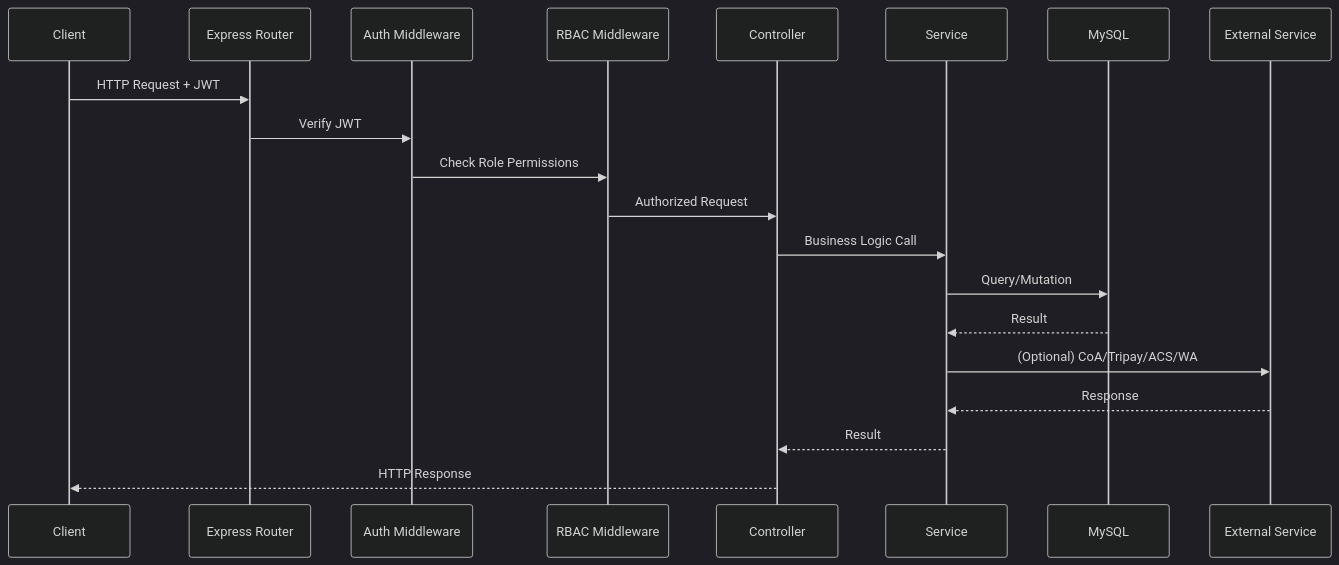
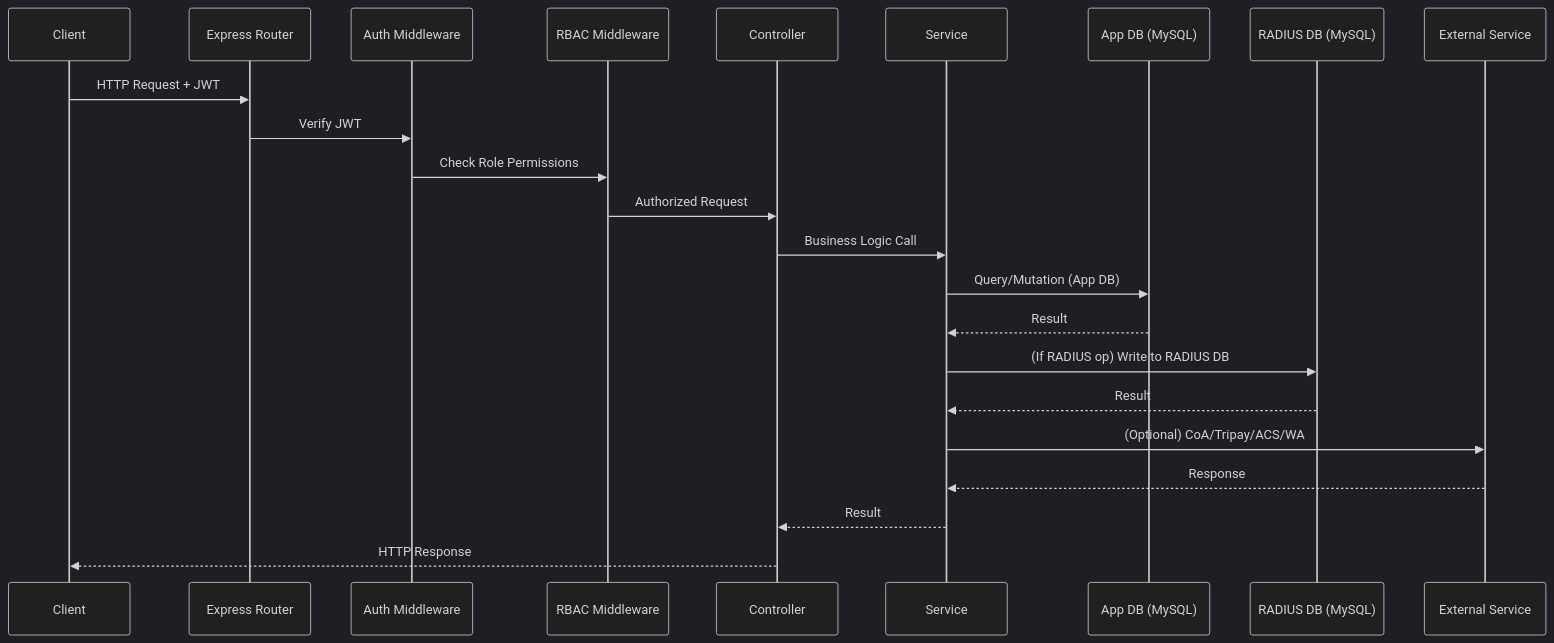
One commit to ariemus-smk/uwaisSuperApps changed the second of 9 diagrams in .kiro/specs/uwais-isp-backend/design.md. Above: the diagram before and after it, drawn with Mermaid (dark theme). The commit also changed other lines of this file and 22 other files, not shown here.

````diff
--- a/.kiro/specs/uwais-isp-backend/design.md
+++ b/.kiro/specs/uwais-isp-backend/design.md
@@ -78,23 +83,26 @@
 ```mermaid
 sequenceDiagram
     participant Client
     participant Router as Express Router
     participant AuthMW as Auth Middleware
     participant RBAC as RBAC Middleware
     participant Controller
     participant Service
-    participant DB as MySQL
+    participant AppDB as App DB (MySQL)
+    participant RadDB as RADIUS DB (MySQL)
     participant External as External Service
 
     Client->>Router: HTTP Request + JWT
     Router->>AuthMW: Verify JWT
     AuthMW->>RBAC: Check Role Permissions
     RBAC->>Controller: Authorized Request
     Controller->>Service: Business Logic Call
-    Service->>DB: Query/Mutation
-    DB-->>Service: Result
+    Service->>AppDB: Query/Mutation (App DB)
+    AppDB-->>Service: Result
+    Service->>RadDB: (If RADIUS op) Write to RADIUS DB
+    RadDB-->>Service: Result
     Service->>External: (Optional) CoA/Tripay/ACS/WA
     External-->>Service: Response
     Service-->>Controller: Result
     Controller-->>Client: HTTP Response
 ```
````
